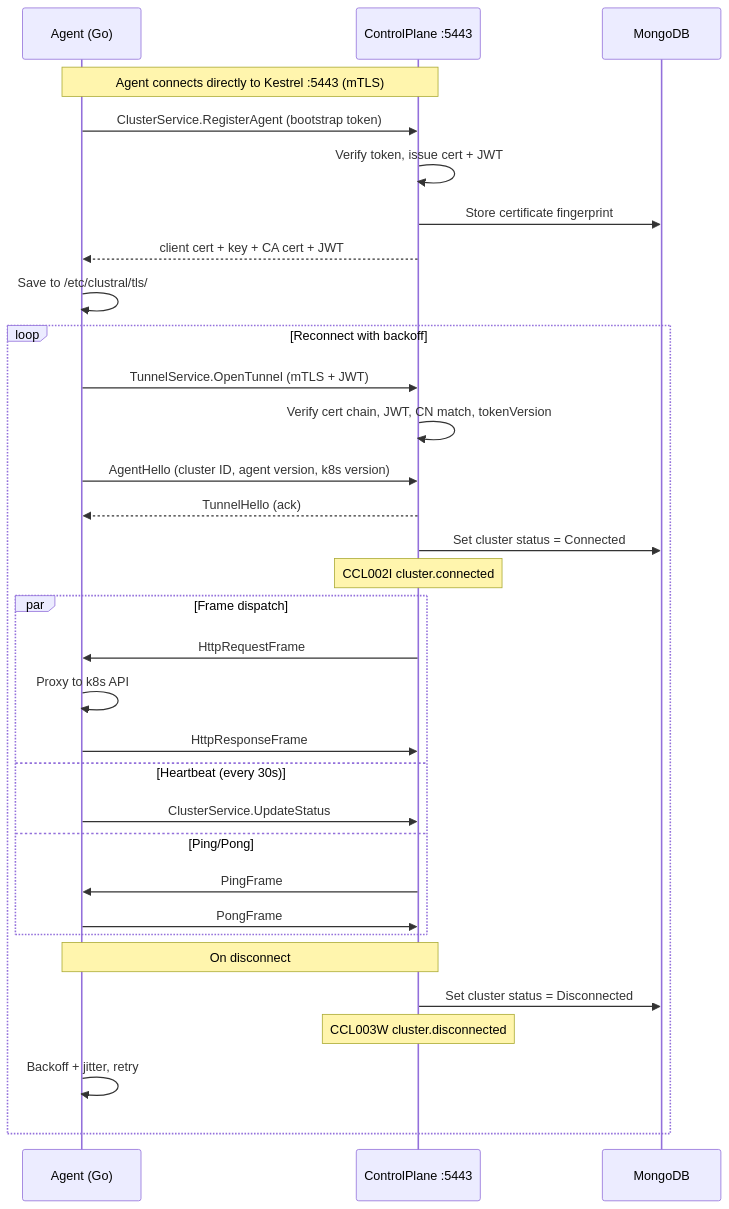
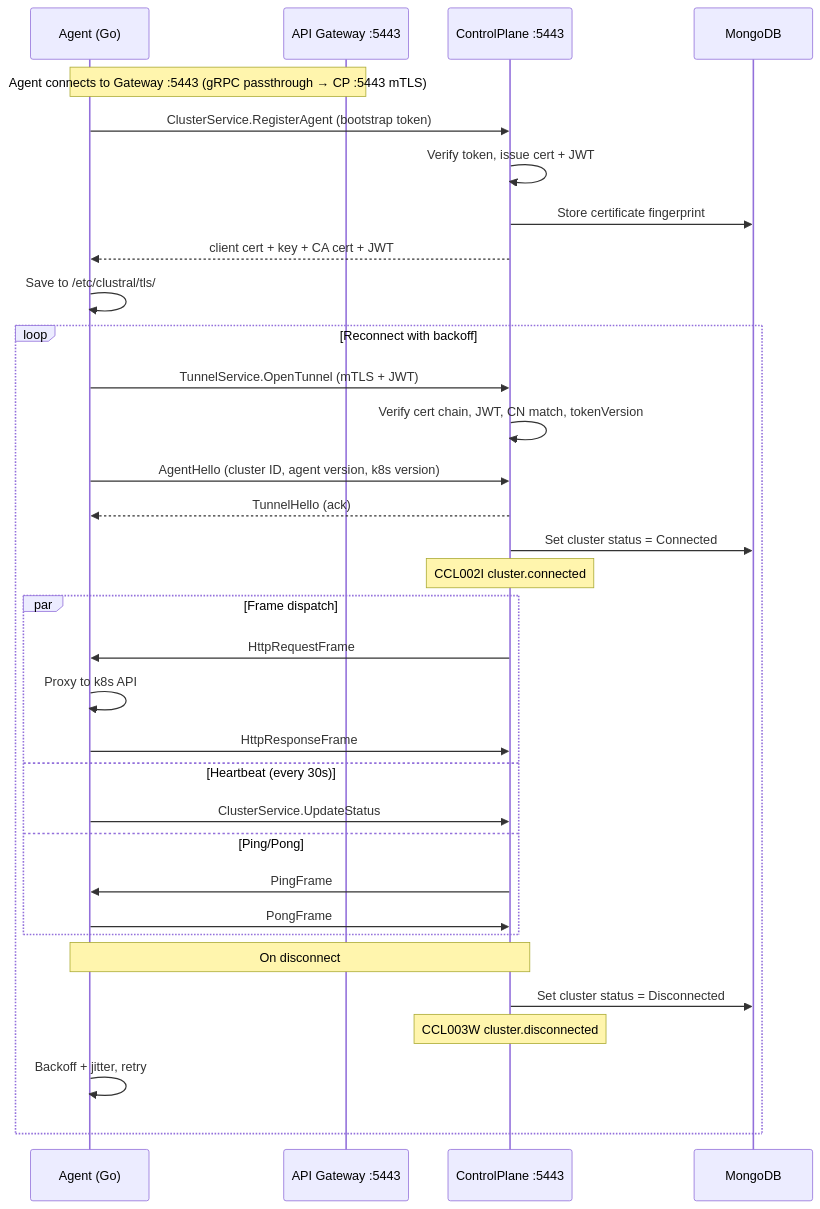
The fourth of 19 diagrams in README.md (Clustral/clustral), drawn with Mermaid before and after one commit. The commit also changed other lines of this file and 3 other files, not shown here.

First line of the commit message:
docs: update README + CLAUDE.md for API Gateway architecture

````diff
--- a/README.md
+++ b/README.md
@@ -128,39 +140,40 @@
 ```mermaid
 sequenceDiagram
     participant Agent as Agent (Go)
+    participant GW as API Gateway :5443
     participant CP as ControlPlane :5443
     participant DB as MongoDB
 
-    Note over Agent,CP: Agent connects directly to Kestrel :5443 (mTLS)
+    Note over Agent,GW: Agent connects to Gateway :5443 (gRPC passthrough → CP :5443 mTLS)
 
     Agent->>CP: ClusterService.RegisterAgent (bootstrap token)
     CP->>CP: Verify token, issue cert + JWT
     CP->>DB: Store certificate fingerprint
     CP-->>Agent: client cert + key + CA cert + JWT
     Agent->>Agent: Save to /etc/clustral/tls/
 
     loop Reconnect with backoff
         Agent->>CP: TunnelService.OpenTunnel (mTLS + JWT)
         CP->>CP: Verify cert chain, JWT, CN match, tokenVersion
         Agent->>CP: AgentHello (cluster ID, agent version, k8s version)
         CP-->>Agent: TunnelHello (ack)
         CP->>DB: Set cluster status = Connected
         Note over CP: CCL002I cluster.connected
 
         par Frame dispatch
             CP->>Agent: HttpRequestFrame
             Agent->>Agent: Proxy to k8s API
             Agent->>CP: HttpResponseFrame
         and Heartbeat (every 30s)
             Agent->>CP: ClusterService.UpdateStatus
         and Ping/Pong
             CP->>Agent: PingFrame
             Agent->>CP: PongFrame
         end
 
         Note over Agent,CP: On disconnect
         CP->>DB: Set cluster status = Disconnected
         Note over CP: CCL003W cluster.disconnected
         Agent->>Agent: Backoff + jitter, retry
     end
 ```
````
